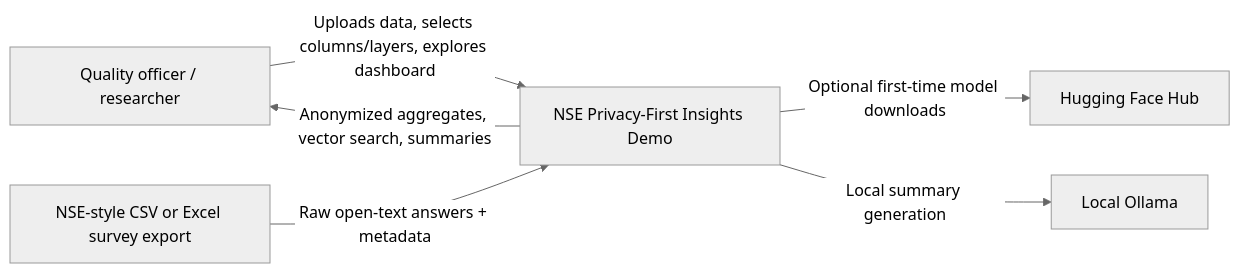
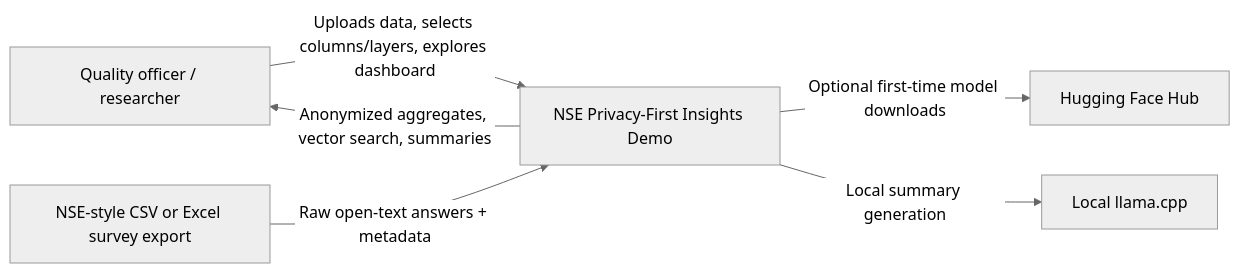
Before and after one commit to NSE-Team-Fontys/Demo: the first of 3 diagrams in README.md, drawn with Mermaid (neutral theme). The commit also changed other lines of this file and 18 other files, not shown here.

Commit message:
fixed cache, llama.cpp is fully working

````diff
--- a/README.md
+++ b/README.md
@@ -123,14 +129,14 @@
 ```mermaid
 flowchart LR
     user["Quality officer / researcher"]
     studentData["NSE-style CSV or Excel survey export"]
     app["NSE Privacy-First Insights Demo"]
     hf["Hugging Face Hub"]
-    ollama["Local Ollama"]
+    llama["Local llama.cpp"]
 
     user -->|"Uploads data, selects columns/layers, explores dashboard"| app
     studentData -->|"Raw open-text answers + metadata"| app
     app -->|"Optional first-time model downloads"| hf
-    app -->|"Local summary generation"| ollama
+    app -->|"Local summary generation"| llama
     app -->|"Anonymized aggregates, vector search, summaries"| user
 ```
````
